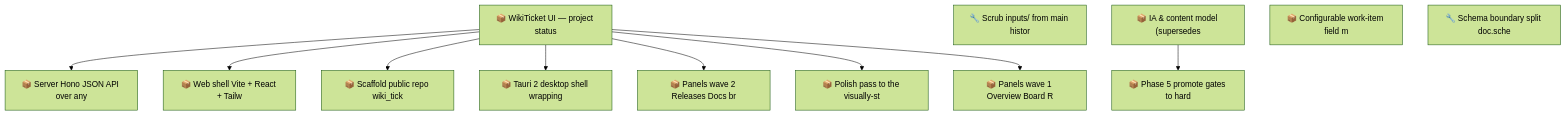
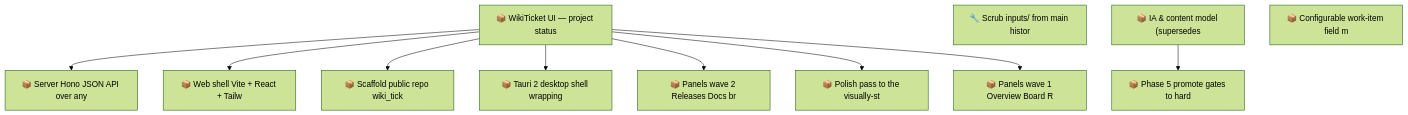
One commit to SpillwaveSolutions/wiki_ticket_sdd changed the second of 2 diagrams in docs/roadmap.md. Above: the diagram before and after it, drawn with Mermaid (forest theme). The commit also changed other lines of this file and 6 other files, not shown here.

First line of the commit message:
chore(sync): close #111 (shipped in PR #112); roadmap + index refresh

````diff
--- a/docs/roadmap.md
+++ b/docs/roadmap.md
@@ -100,24 +98,23 @@
 ```mermaid
 graph TD
     01KY111BC71KJGNH55CB2DWMKN["📦 Server Hono JSON API over any"]
     01KY111BC7B70C7M2RF1E57G17["📦 Web shell Vite + React + Tailw"]
     01KY111BC7NJ4BE7JBDK2P6Y56["📦 Scaffold public repo wiki_tick"]
     01KY111BC7PABV8W6SDNVQACSN["📦 WikiTicket UI — project status"]
     01KY111BC842N3J7Y7H85NHSEG["📦 Tauri 2 desktop shell wrapping"]
     01KY111BC88FS6QD49JADZ9CJ5["📦 Panels wave 2 Releases Docs br"]
     01KY111BC8F9BH0T3TERYEFC3C["📦 Polish pass to the visually-st"]
     01KY111BC8QJAS9KH7N368N6RF["📦 Panels wave 1 Overview Board R"]
     01KY2KHHF43KAZ54F57BQW71TD["🔧 Scrub inputs/ from main histor"]
     01KY5G9ZW0H2YMNWDFJYGRPYE5["📦 IA & content model (supersedes"]
     01KY5G9ZW0RABXWHEMEP1FAV2G["📦 Phase 5 promote gates to hard"]
     01KY5NE0ZYGBWG44N0KPEBFCZ8["📦 Configurable work-item field m"]
-    01KY5QV5G05V77TKESCJVY62S3["🔧 Schema boundary split doc.sche"]
     01KY111BC7PABV8W6SDNVQACSN --> 01KY111BC71KJGNH55CB2DWMKN
     01KY111BC7PABV8W6SDNVQACSN --> 01KY111BC7B70C7M2RF1E57G17
     01KY111BC7PABV8W6SDNVQACSN --> 01KY111BC7NJ4BE7JBDK2P6Y56
     01KY111BC7PABV8W6SDNVQACSN --> 01KY111BC842N3J7Y7H85NHSEG
     01KY111BC7PABV8W6SDNVQACSN --> 01KY111BC88FS6QD49JADZ9CJ5
     01KY111BC7PABV8W6SDNVQACSN --> 01KY111BC8F9BH0T3TERYEFC3C
     01KY111BC7PABV8W6SDNVQACSN --> 01KY111BC8QJAS9KH7N368N6RF
     01KY5G9ZW0H2YMNWDFJYGRPYE5 --> 01KY5G9ZW0RABXWHEMEP1FAV2G
 ```
````
